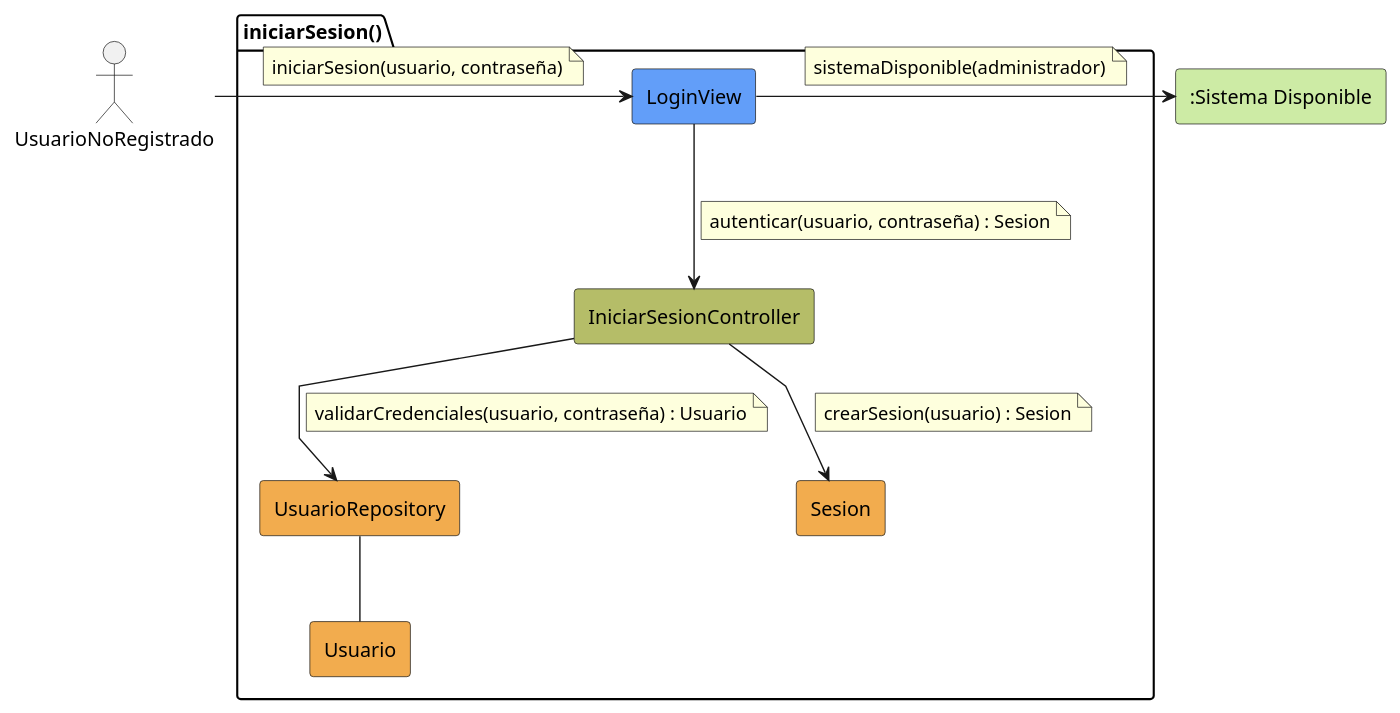
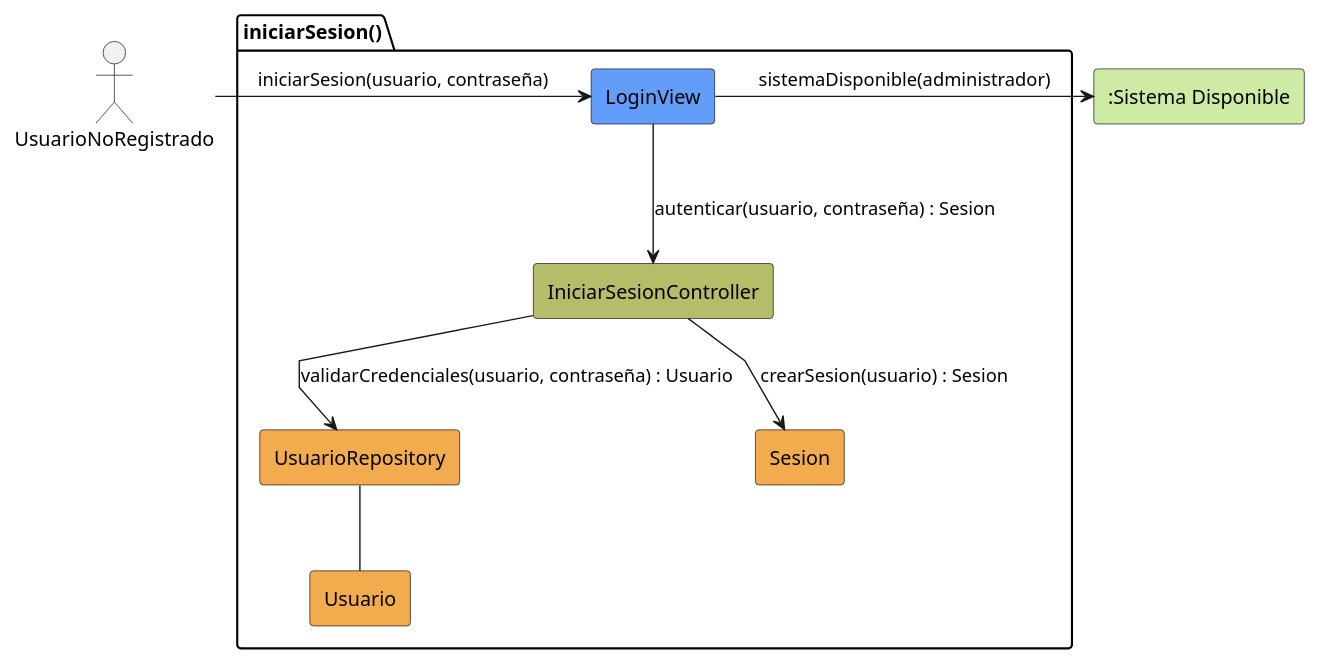
Before and after one commit to Hexcss/scheduler: the diagram in RUP/01-analisis/casos-uso/iniciarSesion/colaboracion.puml, drawn with PlantUML. The commit also changed 27 other files, not shown here.

```diff
--- a/RUP/01-analisis/casos-uso/iniciarSesion/colaboracion.puml
+++ b/RUP/01-analisis/casos-uso/iniciarSesion/colaboracion.puml
@@ -1,43 +1,28 @@
 @startuml iniciarSesion-analisis
 skinparam linetype polyline
 
 actor UsuarioNoRegistrado
 package iniciarSesion as "iniciarSesion()" {
     rectangle #629EF9 LoginView
     rectangle #b5bd68 IniciarSesionController
     rectangle #F2AC4E UsuarioRepository
     rectangle #F2AC4E Usuario
     rectangle #F2AC4E Sesion
 }
 rectangle #CDEBA5 ":Sistema Disponible" as SistemaDisponible
 
-UsuarioNoRegistrado -r-> LoginView
-note on link
-    iniciarSesion(usuario, contraseña)
-end note
+UsuarioNoRegistrado -r-> LoginView: iniciarSesion(usuario, contraseña)
 
-LoginView -d-> IniciarSesionController
-note on link
-    autenticar(usuario, contraseña) : Sesion
-end note
+LoginView -d-> IniciarSesionController: autenticar(usuario, contraseña) : Sesion
 
-IniciarSesionController --> UsuarioRepository
-note on link
-    validarCredenciales(usuario, contraseña) : Usuario
-end note
+IniciarSesionController --> UsuarioRepository: validarCredenciales(usuario, contraseña) : Usuario
 
 UsuarioRepository -- Usuario
 
-IniciarSesionController --> Sesion
-note on link
-    crearSesion(usuario) : Sesion
-end note
+IniciarSesionController --> Sesion: crearSesion(usuario) : Sesion
 
-LoginView -r-> SistemaDisponible
-note on link
-    sistemaDisponible(administrador)
-end note
+LoginView -r-> SistemaDisponible: sistemaDisponible(administrador)
 
 
 
 @enduml
```
